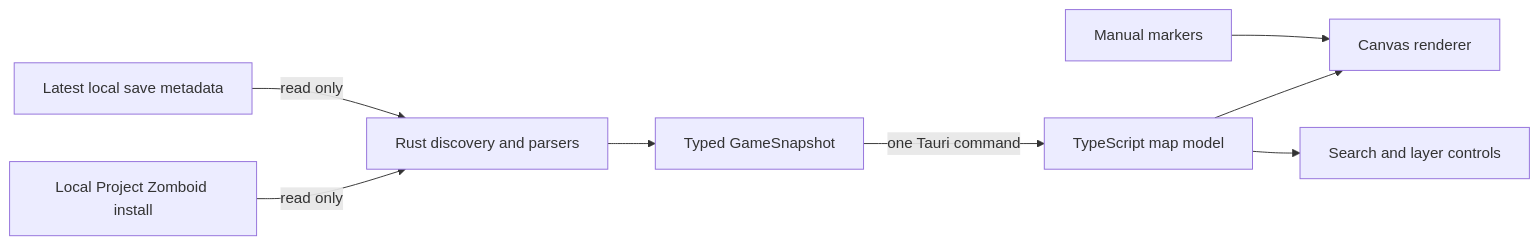
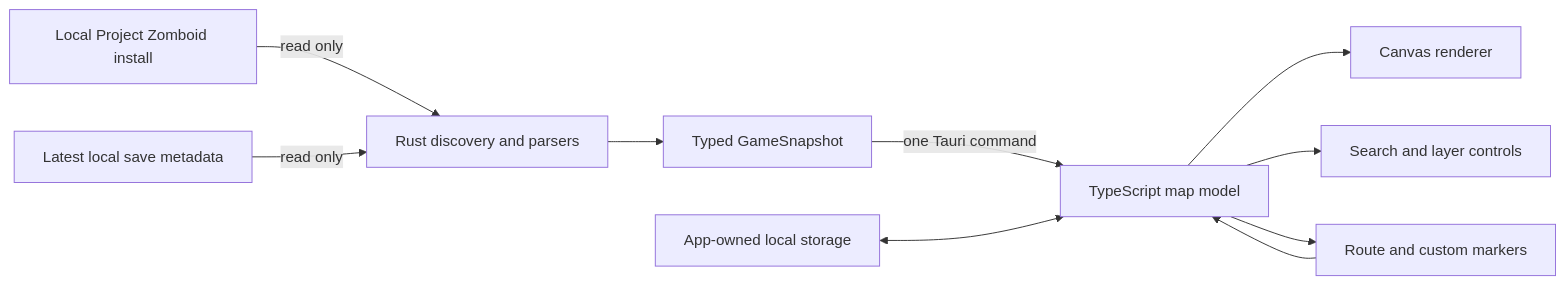
One commit to TheMysticTurtle/Knox-Atlas changed the diagram in docs/architecture.md. Above: the diagram before and after it, drawn with Mermaid. The commit also changed other lines of this file and 5 other files, not shown here.

````diff
--- a/docs/architecture.md
+++ b/docs/architecture.md
@@ -7,10 +7,12 @@
 ```mermaid
 flowchart LR
     A["Local Project Zomboid install"] -->|read only| B["Rust discovery and parsers"]
     S["Latest local save metadata"] -->|read only| B
     B --> C["Typed GameSnapshot"]
     C -->|one Tauri command| D["TypeScript map model"]
     D --> E["Canvas renderer"]
     D --> F["Search and layer controls"]
-    U["Manual markers"] --> E
+    L["App-owned local storage"] <--> D
+    U["Route and custom markers"] --> D
+    D --> U
 ```
````
